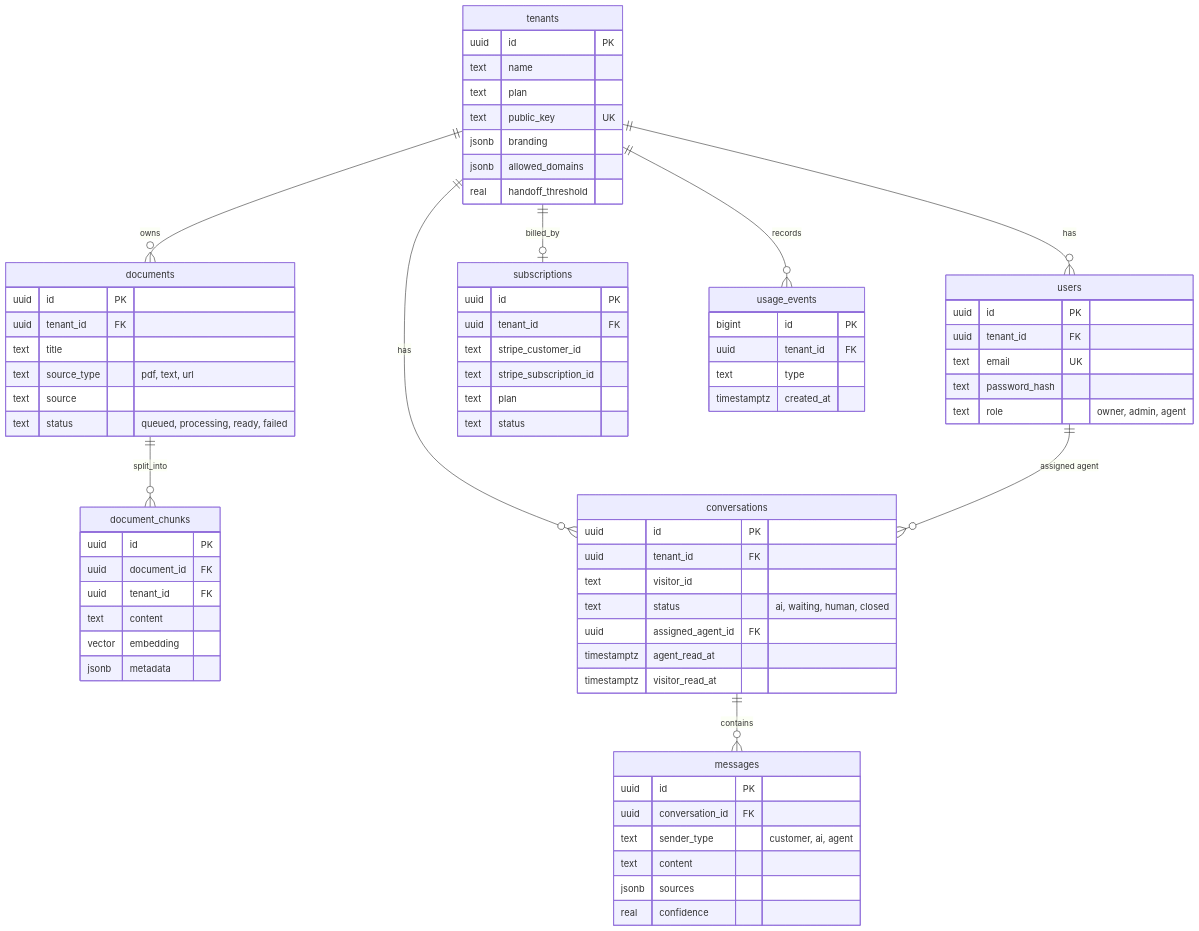
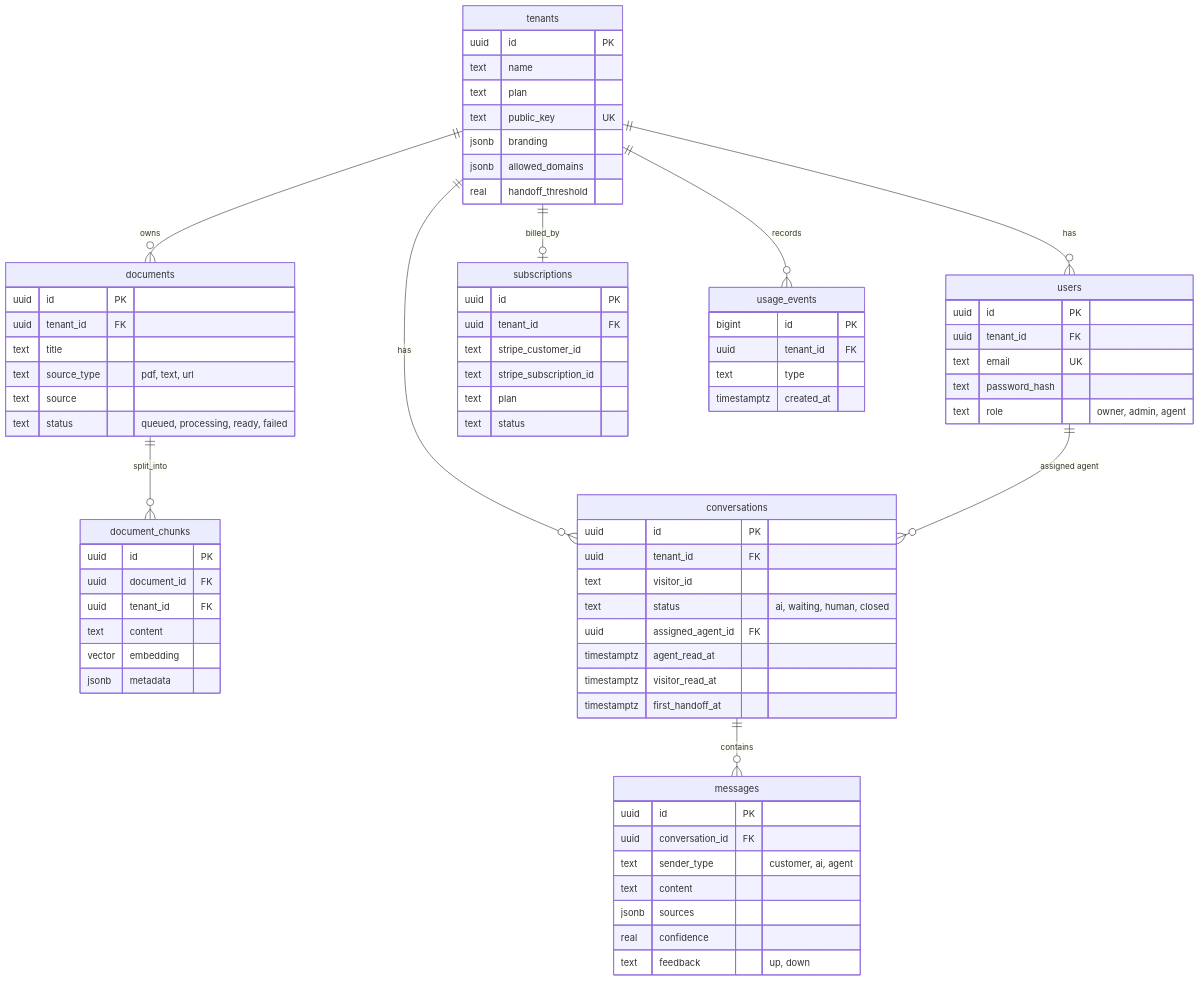
Before and after one commit to Akashsakhare123/supportpilot: the fifth of 6 diagrams in docs/ARCHITECTURE.md, drawn with Mermaid. The commit also changed other lines of this file and 39 other files, not shown here.

````diff
--- a/docs/ARCHITECTURE.md
+++ b/docs/ARCHITECTURE.md
@@ -146,75 +146,77 @@
 ```mermaid
 erDiagram
   tenants ||--o{ users : has
   tenants ||--o{ documents : owns
   documents ||--o{ document_chunks : split_into
   tenants ||--o{ conversations : has
   conversations ||--o{ messages : contains
   users ||--o{ conversations : "assigned agent"
   tenants ||--o| subscriptions : billed_by
   tenants ||--o{ usage_events : records
 
   tenants {
     uuid id PK
     text name
     text plan
     text public_key UK
     jsonb branding
     jsonb allowed_domains
     real handoff_threshold
   }
   users {
     uuid id PK
     uuid tenant_id FK
     text email UK
     text password_hash
     text role "owner, admin, agent"
   }
   documents {
     uuid id PK
     uuid tenant_id FK
     text title
     text source_type "pdf, text, url"
     text source
     text status "queued, processing, ready, failed"
   }
   document_chunks {
     uuid id PK
     uuid document_id FK
     uuid tenant_id FK
     text content
     vector embedding
     jsonb metadata
   }
   conversations {
     uuid id PK
     uuid tenant_id FK
     text visitor_id
     text status "ai, waiting, human, closed"
     uuid assigned_agent_id FK
     timestamptz agent_read_at
     timestamptz visitor_read_at
+    timestamptz first_handoff_at
   }
   messages {
     uuid id PK
     uuid conversation_id FK
     text sender_type "customer, ai, agent"
     text content
     jsonb sources
     real confidence
+    text feedback "up, down"
   }
   subscriptions {
     uuid id PK
     uuid tenant_id FK
     text stripe_customer_id
     text stripe_subscription_id
     text plan
     text status
   }
   usage_events {
     bigint id PK
     uuid tenant_id FK
     text type
     timestamptz created_at
   }
 ```
````
